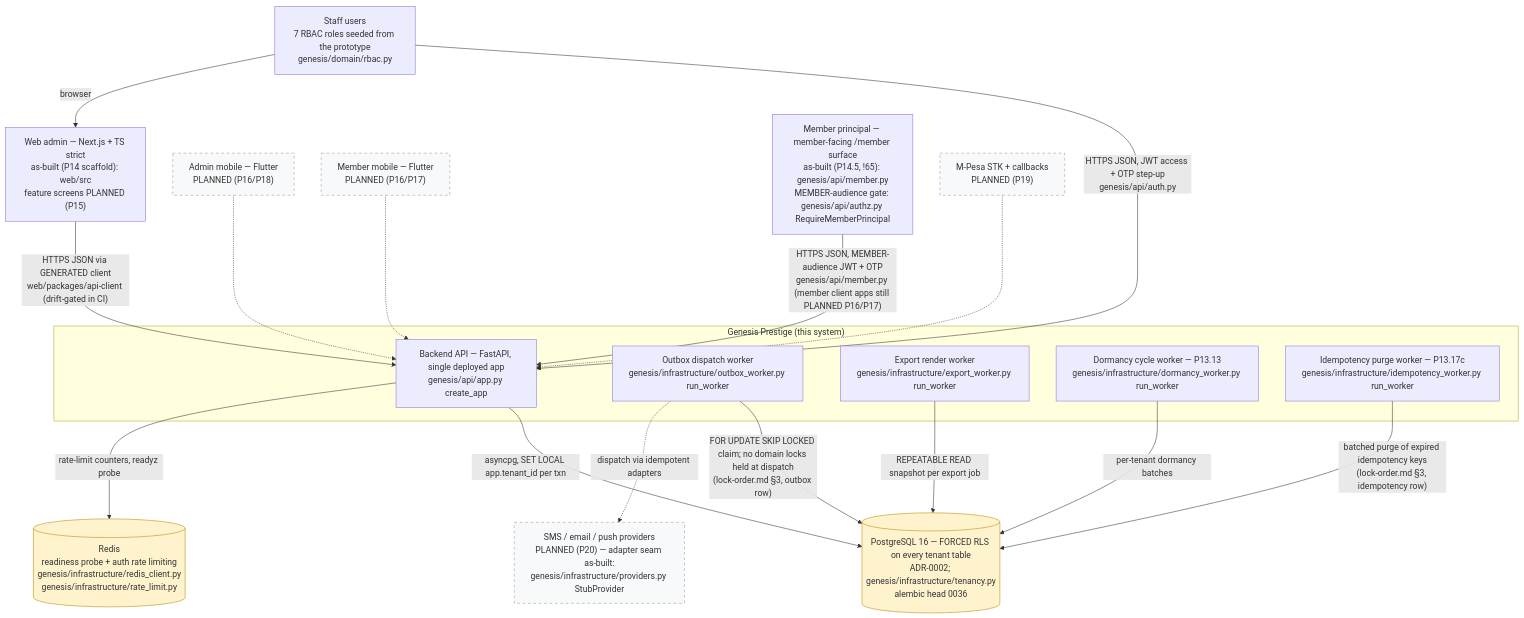
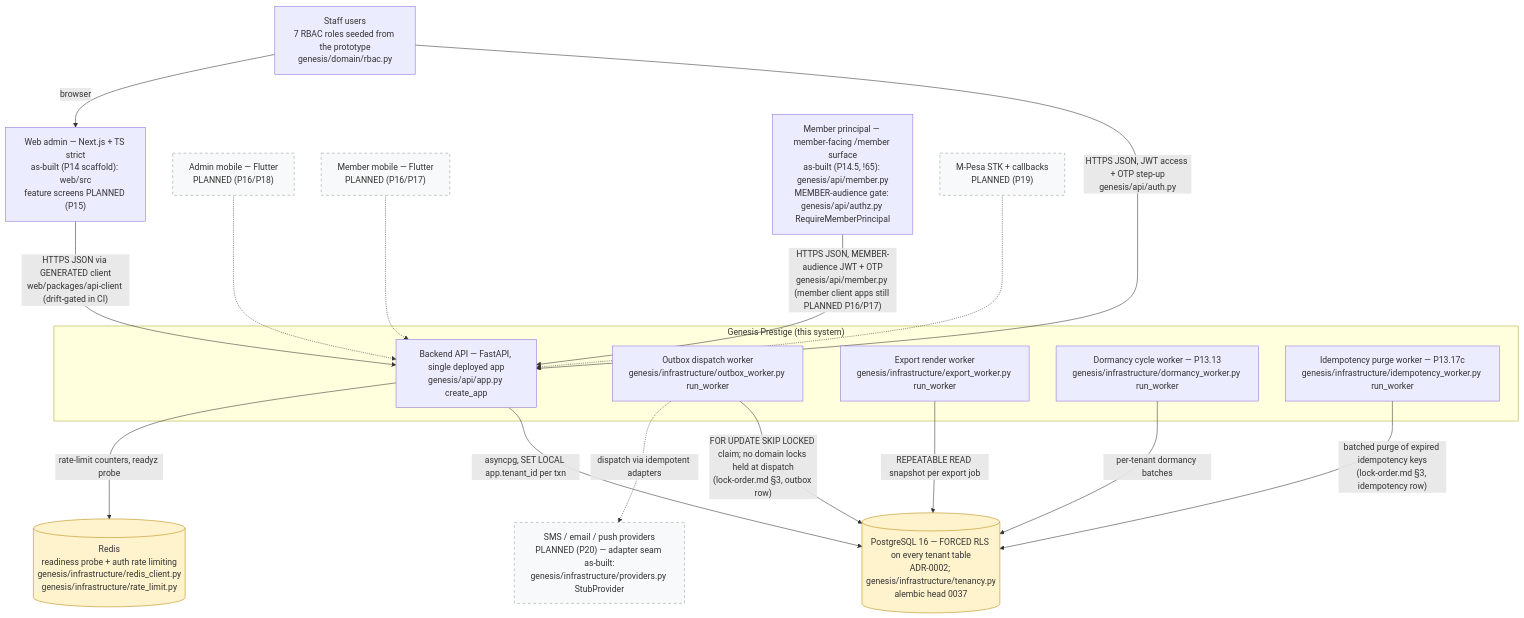
Before and after one commit to Benson-Kim/genesis-sacco: the diagram in docs/diagrams/c4-context.md, drawn with Mermaid. The commit also changed other lines of this file and 11 other files, not shown here.

````diff
--- a/docs/diagrams/c4-context.md
+++ b/docs/diagrams/c4-context.md
@@ -37,46 +40,46 @@
 ```mermaid
 flowchart TB
     %% Authored against main @ 08541b860f1445b16c342c39b6606d86b9dbeb17
     %% L1 context — as-built boxes cite genesis modules; dashed = PLANNED (Pn).
 
     STAFF["Staff users<br/>7 RBAC roles seeded from the prototype<br/>genesis/domain/rbac.py"]
 
     subgraph SYS["Genesis Prestige (this system)"]
         API["Backend API — FastAPI, single deployed app<br/>genesis/api/app.py create_app"]
         OBW["Outbox dispatch worker<br/>genesis/infrastructure/outbox_worker.py run_worker"]
         EXW["Export render worker<br/>genesis/infrastructure/export_worker.py run_worker"]
         DMW["Dormancy cycle worker — P13.13<br/>genesis/infrastructure/dormancy_worker.py run_worker"]
         IDW["Idempotency purge worker — P13.17c<br/>genesis/infrastructure/idempotency_worker.py run_worker"]
     end
 
-    PG[("PostgreSQL 16 — FORCED RLS on every tenant table<br/>ADR-0002; genesis/infrastructure/tenancy.py<br/>alembic head 0036")]
+    PG[("PostgreSQL 16 — FORCED RLS on every tenant table<br/>ADR-0002; genesis/infrastructure/tenancy.py<br/>alembic head 0037")]
     RD[("Redis<br/>readiness probe + auth rate limiting<br/>genesis/infrastructure/redis_client.py<br/>genesis/infrastructure/rate_limit.py")]
 
     WEB["Web admin — Next.js + TS strict<br/>as-built (P14 scaffold): web/src<br/>feature screens PLANNED (P15)"]
     ADM["Admin mobile — Flutter<br/>PLANNED (P16/P18)"]
     MEM["Member mobile — Flutter<br/>PLANNED (P16/P17)"]
     MPR["Member principal — member-facing /member surface<br/>as-built (P14.5, !65): genesis/api/member.py<br/>MEMBER-audience gate: genesis/api/authz.py RequireMemberPrincipal"]
     MPESA["M-Pesa STK + callbacks<br/>PLANNED (P19)"]
     PROV["SMS / email / push providers<br/>PLANNED (P20) — adapter seam as-built:<br/>genesis/infrastructure/providers.py StubProvider"]
 
     STAFF -->|"HTTPS JSON, JWT access + OTP step-up<br/>genesis/api/auth.py"| API
     API -->|"asyncpg, SET LOCAL app.tenant_id per txn"| PG
     API -->|"rate-limit counters, readyz probe"| RD
     OBW -->|"FOR UPDATE SKIP LOCKED claim; no domain locks held at dispatch<br/>(lock-order.md §3, outbox row)"| PG
     EXW -->|"REPEATABLE READ snapshot per export job"| PG
     DMW -->|"per-tenant dormancy batches"| PG
     IDW -->|"batched purge of expired idempotency keys<br/>(lock-order.md §3, idempotency row)"| PG
     OBW -.->|"dispatch via idempotent adapters"| PROV
 
     STAFF -->|"browser"| WEB
     WEB -->|"HTTPS JSON via GENERATED client<br/>web/packages/api-client (drift-gated in CI)"| API
     ADM -.-> API
     MEM -.-> API
     MPR -->|"HTTPS JSON, MEMBER-audience JWT + OTP<br/>genesis/api/member.py (member client apps still PLANNED P16/P17)"| API
     MPESA -.-> API
 
     classDef planned fill:#f8f9fa,stroke:#999,stroke-dasharray: 5 5;
     class ADM,MEM,MPESA,PROV planned;
     classDef store fill:#fff3cd,stroke:#b8860b;
     class PG,RD store;
 ```
````
